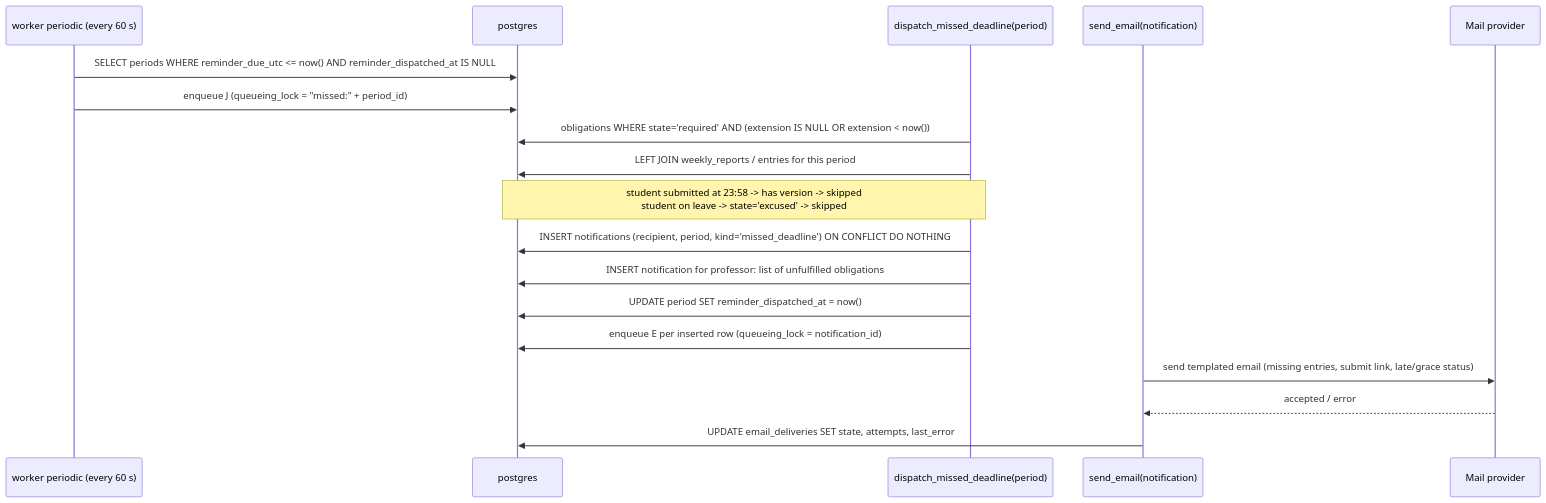
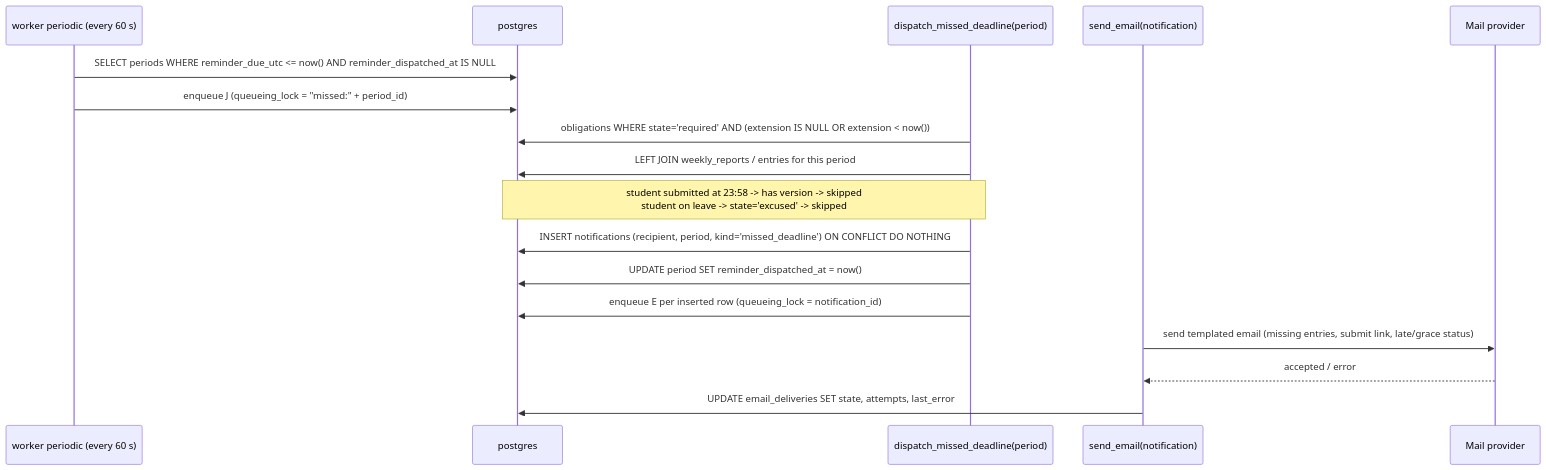
The fourth of 5 diagrams in docs/architecture.md (thanhtrunghuynh93/research_manager), drawn with Mermaid before and after one commit. The commit also changed other lines of this file and 137 other files, not shown here.

````diff
--- a/docs/architecture.md
+++ b/docs/architecture.md
@@ -332,21 +331,20 @@
 ```mermaid
 sequenceDiagram
     participant W as worker periodic (every 60 s)
     participant DB as postgres
     participant J as dispatch_missed_deadline(period)
     participant E as send_email(notification)
     participant M as Mail provider
 
     W->>DB: SELECT periods WHERE reminder_due_utc <= now() AND reminder_dispatched_at IS NULL
     W->>DB: enqueue J (queueing_lock = "missed:" + period_id)
     J->>DB: obligations WHERE state='required' AND (extension IS NULL OR extension < now())
     J->>DB: LEFT JOIN weekly_reports / entries for this period
     Note over J,DB: student submitted at 23:58 -> has version -> skipped<br/>student on leave -> state='excused' -> skipped
     J->>DB: INSERT notifications (recipient, period, kind='missed_deadline') ON CONFLICT DO NOTHING
-    J->>DB: INSERT notification for professor: list of unfulfilled obligations
     J->>DB: UPDATE period SET reminder_dispatched_at = now()
     J->>DB: enqueue E per inserted row (queueing_lock = notification_id)
     E->>M: send templated email (missing entries, submit link, late/grace status)
     M-->>E: accepted / error
     E->>DB: UPDATE email_deliveries SET state, attempts, last_error
 ```
````
